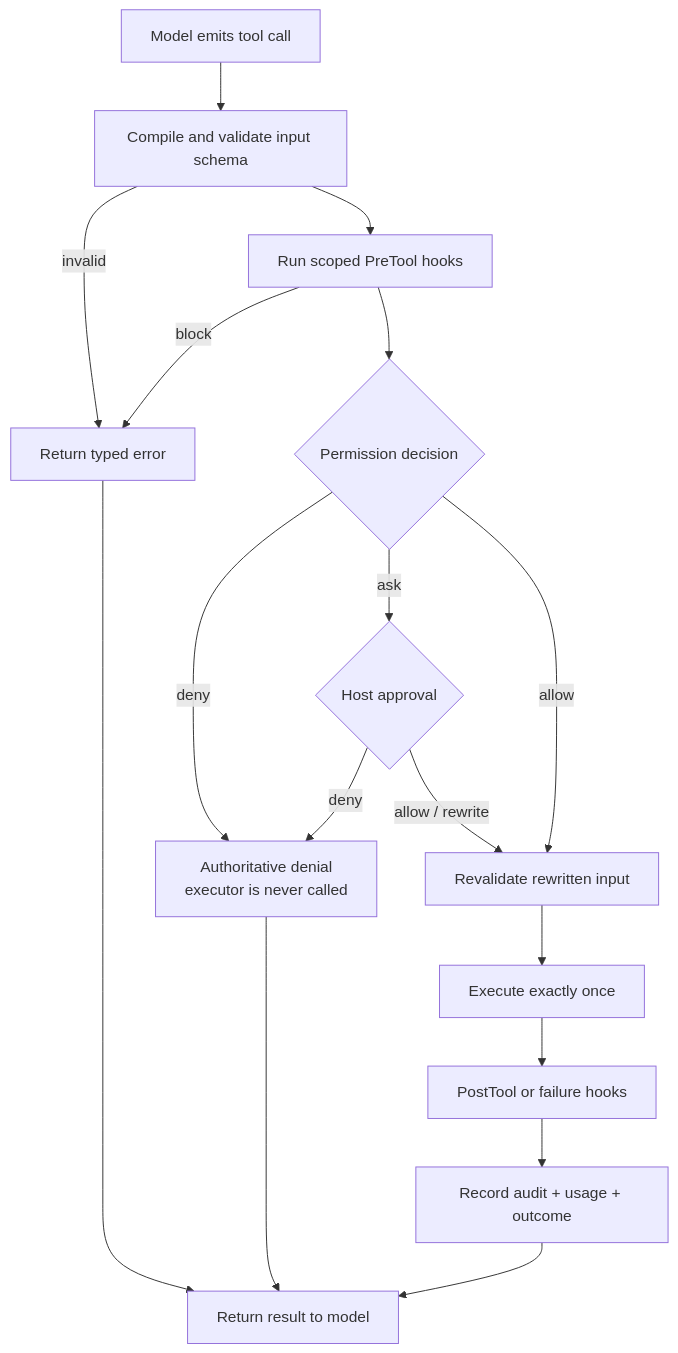
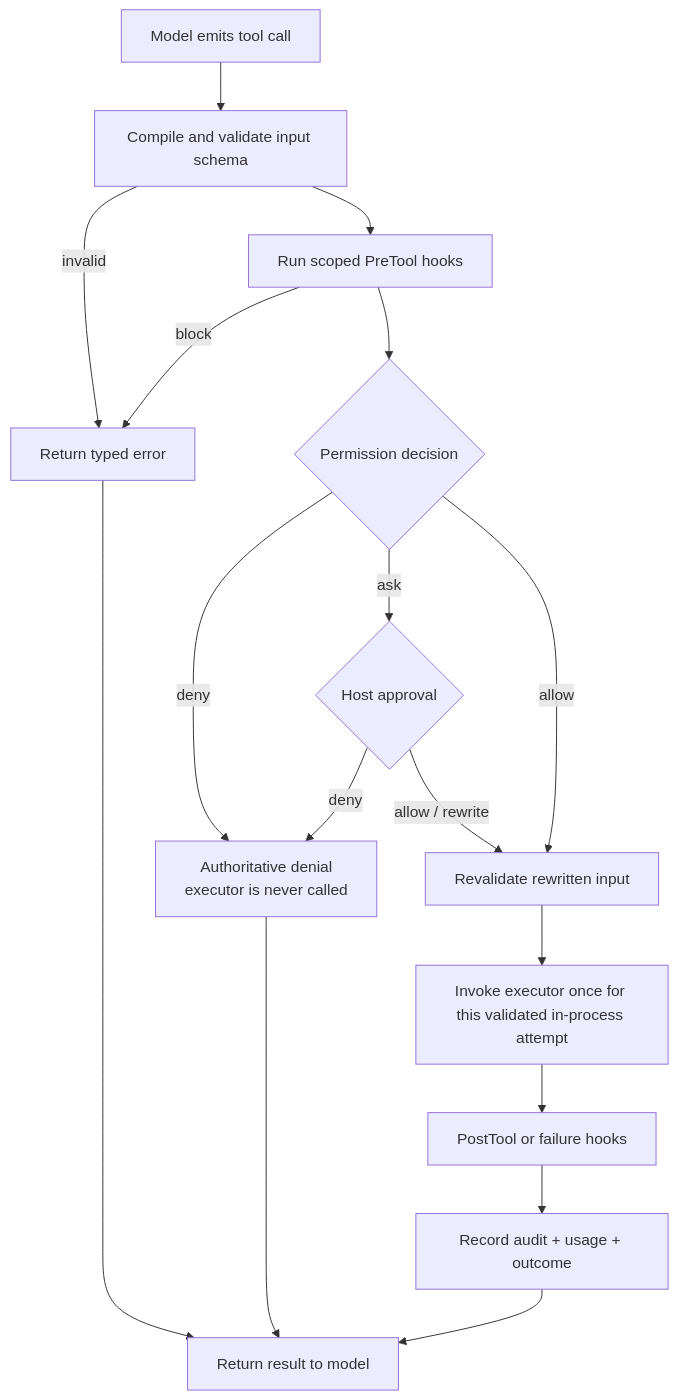
The second of 2 diagrams in README.md (matakartal/aikit-runtime), drawn with Mermaid before and after one commit. The commit also changed other lines of this file and 10 other files, not shown here.

````diff
--- a/README.md
+++ b/README.md
@@ -213,19 +213,19 @@
 ```mermaid
 flowchart TD
     START[Model emits tool call] --> SCHEMA[Compile and validate input schema]
     SCHEMA -->|invalid| REJECT[Return typed error]
     SCHEMA --> PRE[Run scoped PreTool hooks]
     PRE -->|block| REJECT
     PRE --> POLICY{Permission decision}
     POLICY -->|deny| DENY[Authoritative denial<br/>executor is never called]
     POLICY -->|ask| APPROVE{Host approval}
     POLICY -->|allow| VALIDATE[Revalidate rewritten input]
     APPROVE -->|deny| DENY
     APPROVE -->|allow / rewrite| VALIDATE
-    VALIDATE --> EXEC[Execute exactly once]
+    VALIDATE --> EXEC[Invoke executor once for this validated in-process attempt]
     EXEC --> POST[PostTool or failure hooks]
     POST --> AUDIT[Record audit + usage + outcome]
     AUDIT --> CONTINUE[Return result to model]
     DENY --> CONTINUE
     REJECT --> CONTINUE
 ```
````
